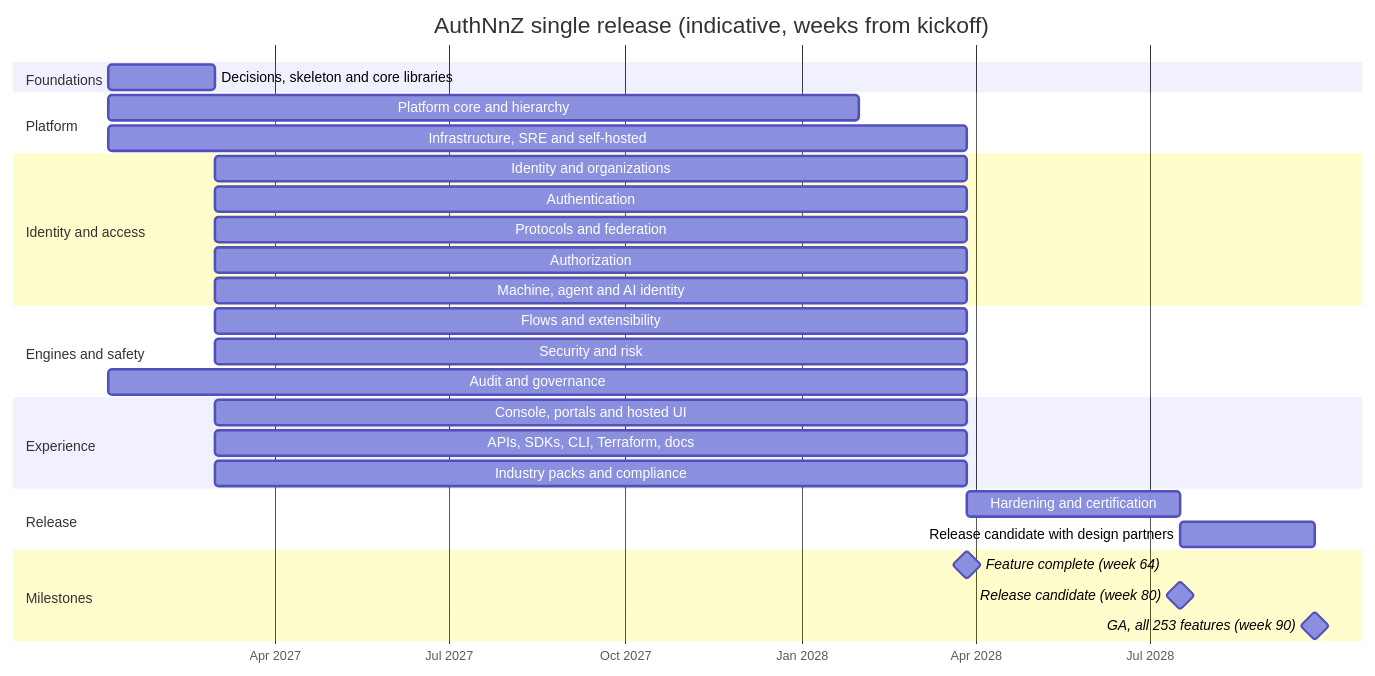
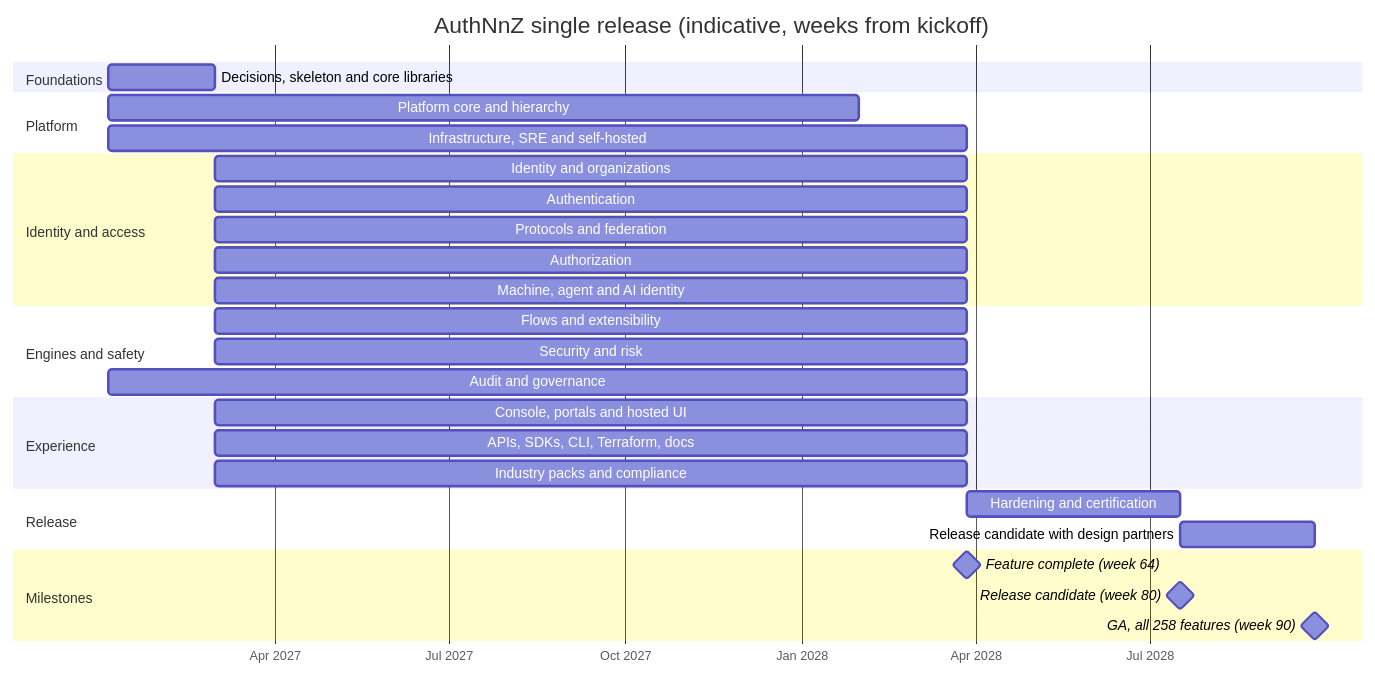
One commit to antonyrejith/AuthNnZ changed the diagram in docs/plan/05-roadmap-and-delivery.md. Above: the diagram before and after it, drawn with Mermaid. The commit also changed other lines of this file and 8 other files, not shown here.

````diff
--- a/docs/plan/05-roadmap-and-delivery.md
+++ b/docs/plan/05-roadmap-and-delivery.md
@@ -37,32 +37,32 @@
 ```mermaid
 gantt
     title AuthNnZ single release (indicative, weeks from kickoff)
     dateFormat YYYY-MM-DD
     axisFormat %b %Y
     section Foundations
     Decisions, skeleton and core libraries :f, 2027-01-04, 8w
     section Platform
     Platform core and hierarchy          :2027-01-04, 56w
     Infrastructure, SRE and self-hosted  :2027-01-04, 64w
     section Identity and access
     Identity and organizations           :2027-03-01, 56w
     Authentication                       :2027-03-01, 56w
     Protocols and federation             :2027-03-01, 56w
     Authorization                        :2027-03-01, 56w
     Machine, agent and AI identity       :2027-03-01, 56w
     section Engines and safety
     Flows and extensibility              :2027-03-01, 56w
     Security and risk                    :2027-03-01, 56w
     Audit and governance                 :2027-01-04, 64w
     section Experience
     Console, portals and hosted UI       :2027-03-01, 56w
     APIs, SDKs, CLI, Terraform, docs     :2027-03-01, 56w
     Industry packs and compliance        :2027-03-01, 56w
     section Release
     Hardening and certification          :h, 2028-03-27, 16w
     Release candidate with design partners :rc, 2028-07-17, 10w
     section Milestones
     Feature complete (week 64)           :milestone, 2028-03-27, 0d
     Release candidate (week 80)          :milestone, 2028-07-17, 0d
-    GA, all 253 features (week 90)       :milestone, 2028-09-25, 0d
+    GA, all 258 features (week 90)       :milestone, 2028-09-25, 0d
 ```
````
